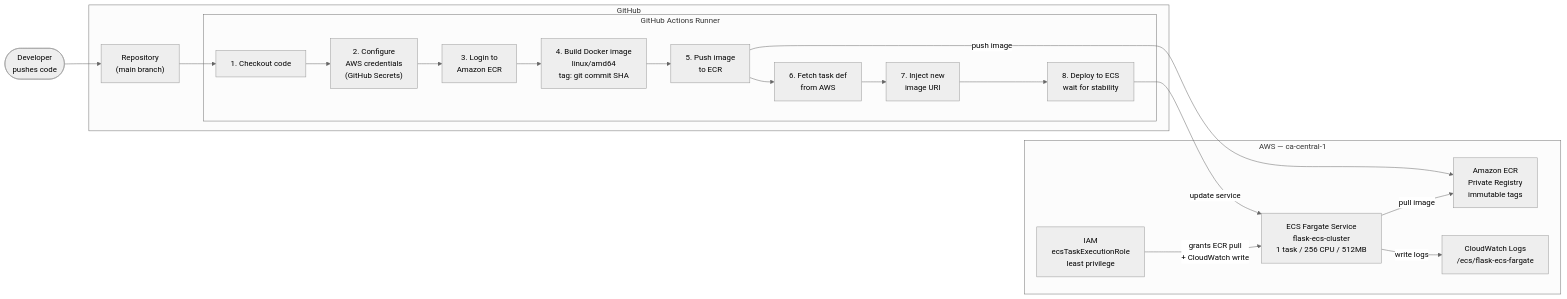
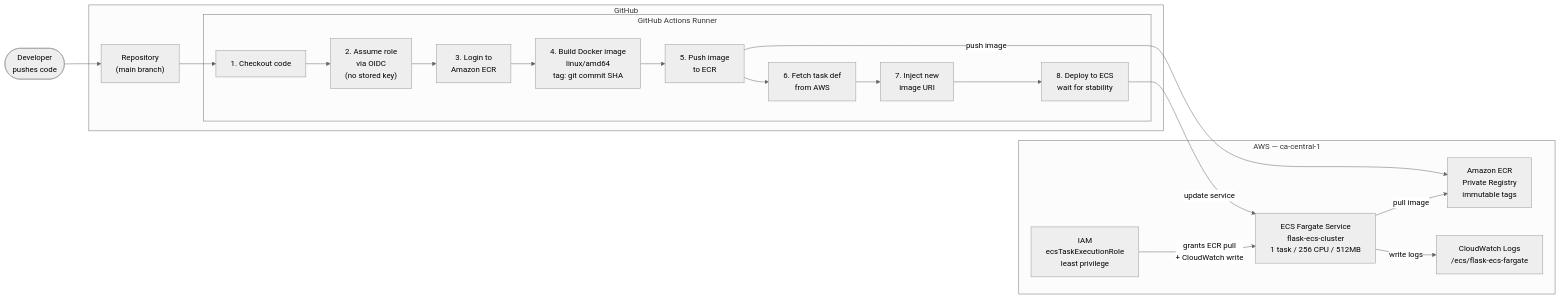
The first of 2 diagrams in diagrams/ARCHITECTURE.md (sadvi11/flask-ecs-fargate-cicd), drawn with Mermaid (neutral theme) before and after one commit. The commit also changed other lines of this file and 2 other files, not shown here.

First line of the commit message:
Replace stored AWS keys with OIDC federation; correct trigger claims

````diff
--- a/diagrams/ARCHITECTURE.md
+++ b/diagrams/ARCHITECTURE.md
@@ -11,40 +16,40 @@
 ```mermaid
 flowchart LR
   Dev(["Developer\npushes code"])
 
   subgraph GitHub ["GitHub"]
     Repo["Repository\n(main branch)"]
     subgraph Actions ["GitHub Actions Runner"]
       Step1["1. Checkout code"]
-      Step2["2. Configure\nAWS credentials\n(GitHub Secrets)"]
+      Step2["2. Assume role\nvia OIDC\n(no stored key)"]
       Step3["3. Login to\nAmazon ECR"]
       Step4["4. Build Docker image\nlinux/amd64\ntag: git commit SHA"]
       Step5["5. Push image\nto ECR"]
       Step6["6. Fetch task def\nfrom AWS"]
       Step7["7. Inject new\nimage URI"]
       Step8["8. Deploy to ECS\nwait for stability"]
     end
   end
 
   subgraph AWS ["AWS — ca-central-1"]
     ECR["Amazon ECR\nPrivate Registry\nimmutable tags"]
     ECS["ECS Fargate Service\nflask-ecs-cluster\n1 task / 256 CPU / 512MB"]
     CW["CloudWatch Logs\n/ecs/flask-ecs-fargate"]
     IAM["IAM\necsTaskExecutionRole\nleast privilege"]
   end
 
   Dev --> Repo
   Repo --> Step1
   Step1 --> Step2
   Step2 --> Step3
   Step3 --> Step4
   Step4 --> Step5
   Step5 --> Step6
   Step6 --> Step7
   Step7 --> Step8
   Step5 -->|"push image"| ECR
   Step8 -->|"update service"| ECS
   ECS -->|"pull image"| ECR
   ECS -->|"write logs"| CW
   IAM -->|"grants ECR pull\n+ CloudWatch write"| ECS
 ```
````
